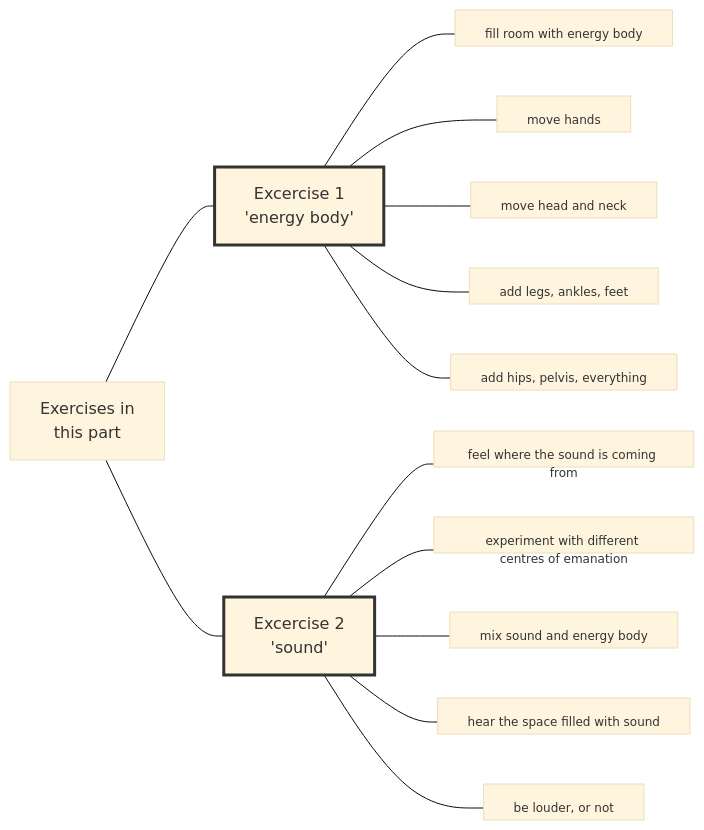
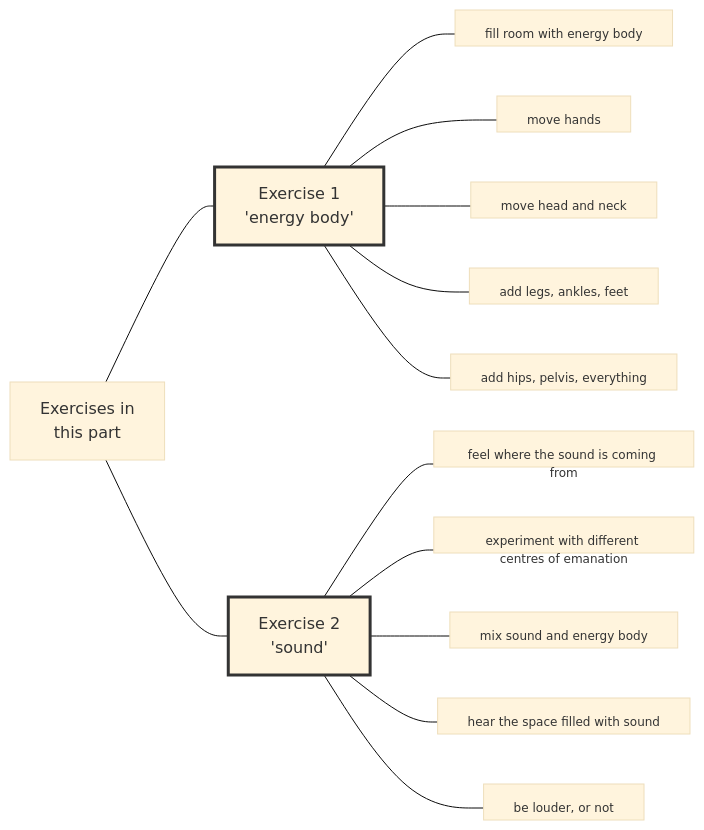
One commit to fschuhi/digital-garden-rob-burbea-work changed the diagram in 2020 Vajra Music/Talks/Preliminaries Regarding Voice, Movement, and Gesture - Part 1.md. Above: the diagram before and after it, drawn with Mermaid (base theme). The commit also changed other lines of this file and 59 other files, not shown here.

````diff
--- a/2020 Vajra Music/Talks/Preliminaries Regarding Voice, Movement, and Gesture - Part 1.md
+++ b/2020 Vajra Music/Talks/Preliminaries Regarding Voice, Movement, and Gesture - Part 1.md
@@ -18,26 +18,26 @@
 ```mermaid
 graph LR
 
 classDef FixFont font-size:12px,height:36px
 %% classDef Bla fill:#f9f,stroke:#333,stroke-width:4px
 classDef FatStroke stroke:#333,stroke-width:3px
 
 E[Exercises in<br>this part]
 E --- E1
 E --- E2
 
-E1[Excercise 1<br>'energy body']:::FatStroke
+E1[Exercise 1<br>'energy body']:::FatStroke
 %%E1 --- E1-1[fill room with energy body]:::FixFont
 E1 --- E1-1[fill room with energy body]:::FixFont
 E1 --- E1-2[move hands]:::FixFont
 E1 --- E1-3[move head and neck]:::FixFont
 E1 --- E1-4[add legs, ankles, feet]:::FixFont
 E1 --- E1-5[add hips, pelvis, everything]:::FixFont
 
-E2[Excercise 2<br>'sound']:::FatStroke
+E2[Exercise 2<br>'sound']:::FatStroke
 E2 --- E2-1[feel where the sound is coming from]:::FixFont
 E2 --- E2-2[experiment with different centres of emanation]:::FixFont
 E2 --- E2-3[mix sound and energy body]:::FixFont
 E2 --- E2-4[hear the space filled with sound]:::FixFont
 E2 --- E2-5[be louder, or not]:::FixFont
 ```
````
